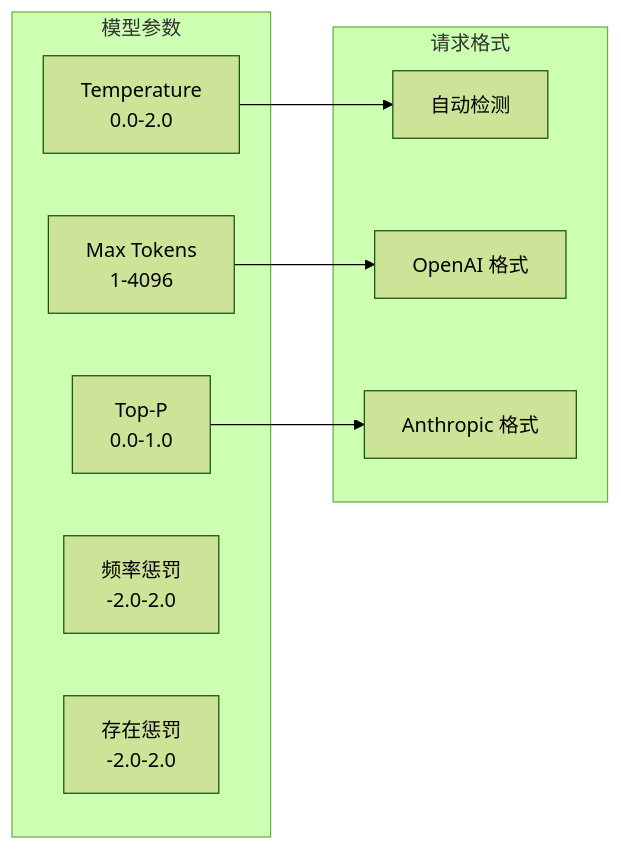
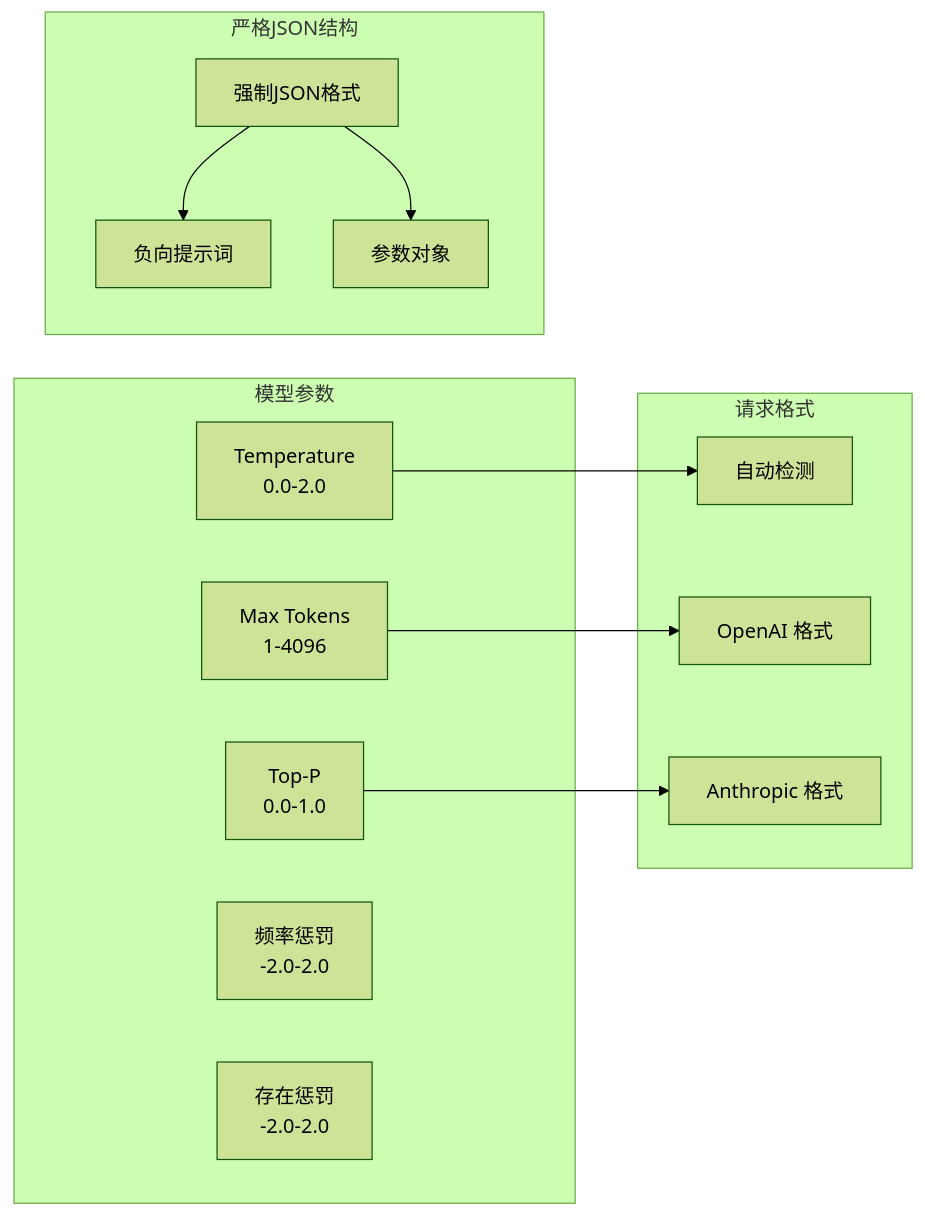
The sixth of 11 diagrams in .qoder/repowiki/zh/content/技术架构/核心模块分析/配置管理模块 (config.js).md (binasi/Img2Prompt), drawn with Mermaid (forest theme) before and after one commit. The commit also changed other lines of this file and 8 other files, not shown here.

````diff
--- a/.qoder/repowiki/zh/content/技术架构/核心模块分析/配置管理模块 (config.js).md
+++ b/.qoder/repowiki/zh/content/技术架构/核心模块分析/配置管理模块 (config.js).md
@@ -360,18 +398,25 @@
 ```mermaid
 flowchart LR
 subgraph "模型参数"
 Temperature[Temperature<br/>0.0-2.0]
 MaxTokens[Max Tokens<br/>1-4096]
 TopP[Top-P<br/>0.0-1.0]
 FrequencyPenalty[频率惩罚<br/>-2.0-2.0]
 PresencePenalty[存在惩罚<br/>-2.0-2.0]
 end
 subgraph "请求格式"
 Auto[自动检测]
 OpenAI[OpenAI 格式]
 Anthropic[Anthropic 格式]
 end
+subgraph "严格JSON结构"
+StrictJSON[强制JSON格式]
+NegativePrompt[负向提示词]
+Parameters[参数对象]
+end
 Temperature --> Auto
 MaxTokens --> OpenAI
 TopP --> Anthropic
+StrictJSON --> NegativePrompt
+StrictJSON --> Parameters
 ```
````
